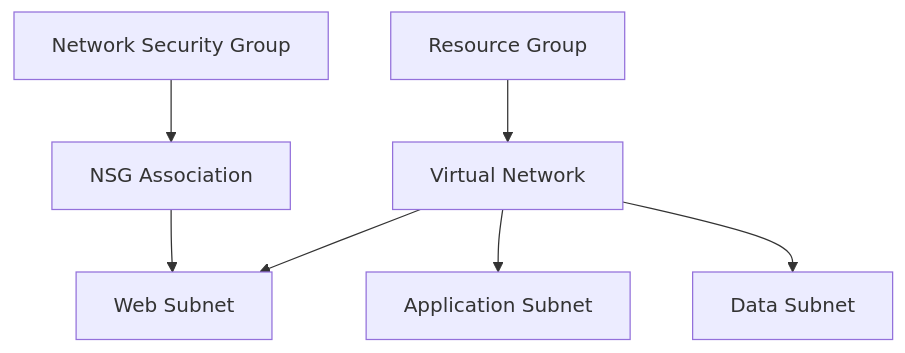
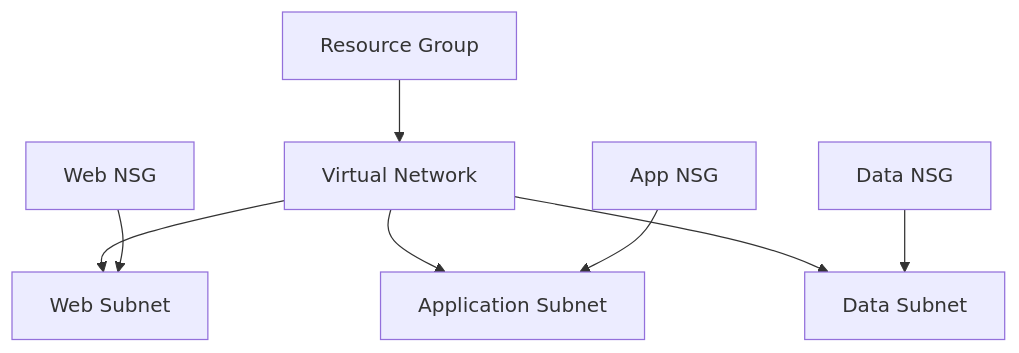
One commit to mikeCayan99/azure-terraform-playground changed the diagram in README.md. Above: the diagram before and after it, drawn with Mermaid. The commit also changed other lines of this file, not shown here.

Commit message:
Update README for multi-tier NSG architecture

````diff
--- a/README.md
+++ b/README.md
@@ -20,14 +20,13 @@
 ```mermaid
 flowchart TD
 
 RG["Resource Group"] --> VNET["Virtual Network"]
 
 VNET --> WEB["Web Subnet"]
 VNET --> APP["Application Subnet"]
 VNET --> DATA["Data Subnet"]
 
-NSG["Network Security Group"]
-NSG --> ASSOC["NSG Association"]
-ASSOC --> WEB
-
+WEBNSG["Web NSG"] --> WEB
+APPNSG["App NSG"] --> APP
+DATANSG["Data NSG"] --> DATA
 ```
````
